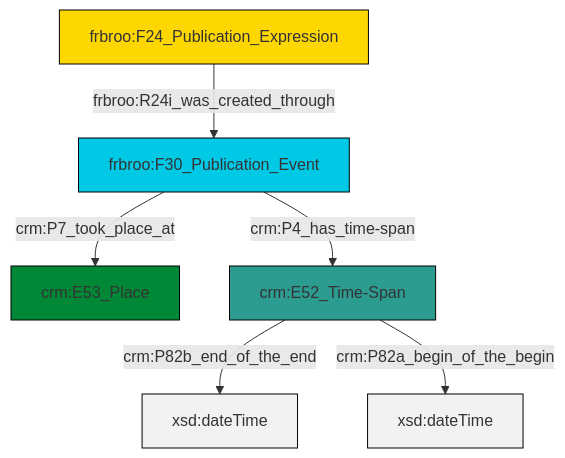
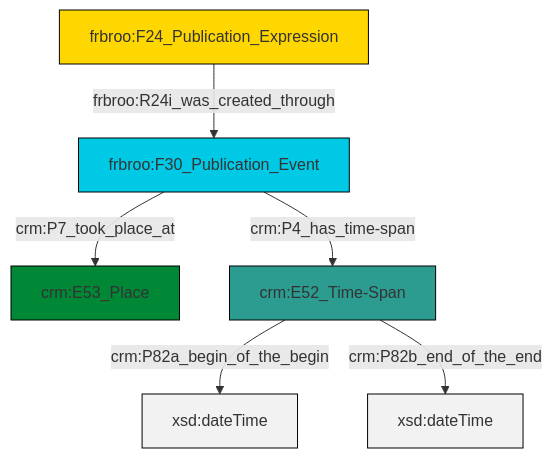
One commit to swiss-art-research-net/reference-data-models changed the diagram in et/biblioCSV/ttl/mmd/biblio_existence.ttl.mmd. Above: the diagram before and after it, drawn with Mermaid. The commit also changed 126 other files, not shown here.

```diff
--- a/et/biblioCSV/ttl/mmd/biblio_existence.ttl.mmd
+++ b/et/biblioCSV/ttl/mmd/biblio_existence.ttl.mmd
@@ -1,20 +1,20 @@
 graph TD
 classDef Literal fill:#f2f2f2,stroke:#000000;
 classDef CRM_Entity fill:#FFFFFF,stroke:#000000;
 classDef Temporal_Entity fill:#00C9E6, stroke:#000000;
 classDef Type fill:#E18312, stroke:#000000;
 classDef Time-Span fill:#2C9C91, stroke:#000000;
 classDef Appellation fill:#FFEB7F, stroke:#000000;
 classDef Place fill:#008836, stroke:#000000;
 classDef Persistent_Item fill:#B266B2, stroke:#000000;
 classDef Conceptual_Object fill:#FFD700, stroke:#000000;
 classDef Physical_Thing fill:#D2B48C, stroke:#000000;
 classDef Actor fill:#f58aad, stroke:#000000;
 classDef PC_Classes fill:#4ce600, stroke:#000000;
 classDef Multi fill:#cccccc,stroke:#000000;
 
-0["frbroo:F24_Publication_Expression"]:::Conceptual_Object -->|frbroo:R24i_was_created_through| 1["frbroo:F30_Publication_Event"]:::Temporal_Entity
-4["crm:E52_Time-Span"]:::Time-Span -->|crm:P82b_end_of_the_end| 8[xsd:dateTime]:::Literal
-1["frbroo:F30_Publication_Event"]:::Temporal_Entity -->|crm:P4_has_time-span| 4["crm:E52_Time-Span"]:::Time-Span
-1["frbroo:F30_Publication_Event"]:::Temporal_Entity -->|crm:P7_took_place_at| 2["crm:E53_Place"]:::Place
-4["crm:E52_Time-Span"]:::Time-Span -->|crm:P82a_begin_of_the_begin| 9[xsd:dateTime]:::Literal
+2["frbroo:F24_Publication_Expression"]:::Conceptual_Object -->|frbroo:R24i_was_created_through| 3["frbroo:F30_Publication_Event"]:::Temporal_Entity
+4["crm:E52_Time-Span"]:::Time-Span -->|crm:P82a_begin_of_the_begin| 5[xsd:dateTime]:::Literal
+3["frbroo:F30_Publication_Event"]:::Temporal_Entity -->|crm:P7_took_place_at| 0["crm:E53_Place"]:::Place
+3["frbroo:F30_Publication_Event"]:::Temporal_Entity -->|crm:P4_has_time-span| 4["crm:E52_Time-Span"]:::Time-Span
+4["crm:E52_Time-Span"]:::Time-Span -->|crm:P82b_end_of_the_end| 9[xsd:dateTime]:::Literal
```
